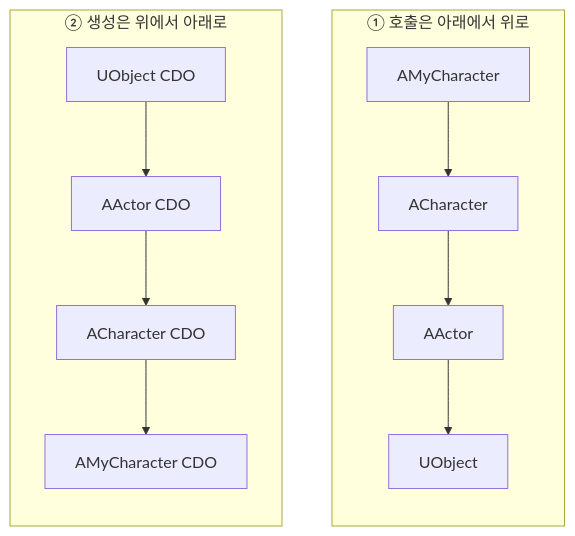
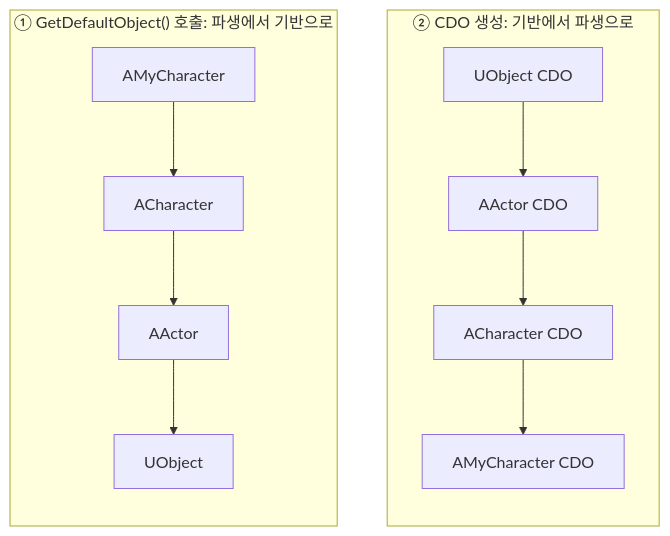
Before and after one commit to skamo3/skamo3.github.io: the first of 2 diagrams in _posts/2026-08-11-unreal-uclass-gc-object-lifetime.md, drawn with Mermaid. The commit also changed other lines of this file, not shown here.

Commit message:
CDO 도표의 모호한 '호출' 표현 수정
'호출은 아래에서 위로'가 생성자 호출로 읽힐 수 있었다.
생성자는 반대 방향이라 어떤 호출인지 명시해야 한다.

- 도표 라벨을 'GetDefaultObject() 호출: 파생에서 기반으로',
  'CDO 생성: 기반에서 파생으로'로 변경
- 위/아래 대신 기반/파생으로 방향을 표현
- 서브그래프 선언 순서를 바꿔 (1)이 왼쪽에 오도록 배치
- 본문도 'GetDefaultObject() 호출'로 주어 명시

```diff
--- a/_posts/2026-08-11-unreal-uclass-gc-object-lifetime.md
+++ b/_posts/2026-08-11-unreal-uclass-gc-object-lifetime.md
@@ -44,11 +44,11 @@
 <pre class="mermaid">
 flowchart TB
-    subgraph REQ["① 호출은 아래에서 위로"]
+    subgraph MAKE["② CDO 생성: 기반에서 파생으로"]
+        direction TB
+        U2["UObject CDO"] --> A2["AActor CDO"] --> C2["ACharacter CDO"] --> M2["AMyCharacter CDO"]
+    end
+    subgraph REQ["① GetDefaultObject() 호출: 파생에서 기반으로"]
         direction TB
         M1["AMyCharacter"] --> C1["ACharacter"] --> A1["AActor"] --> U1["UObject"]
     end
-    subgraph MAKE["② 생성은 위에서 아래로"]
-        direction TB
-        U2["UObject CDO"] --> A2["AActor CDO"] --> C2["ACharacter CDO"] --> M2["AMyCharacter CDO"]
-    end
 </pre>
```
